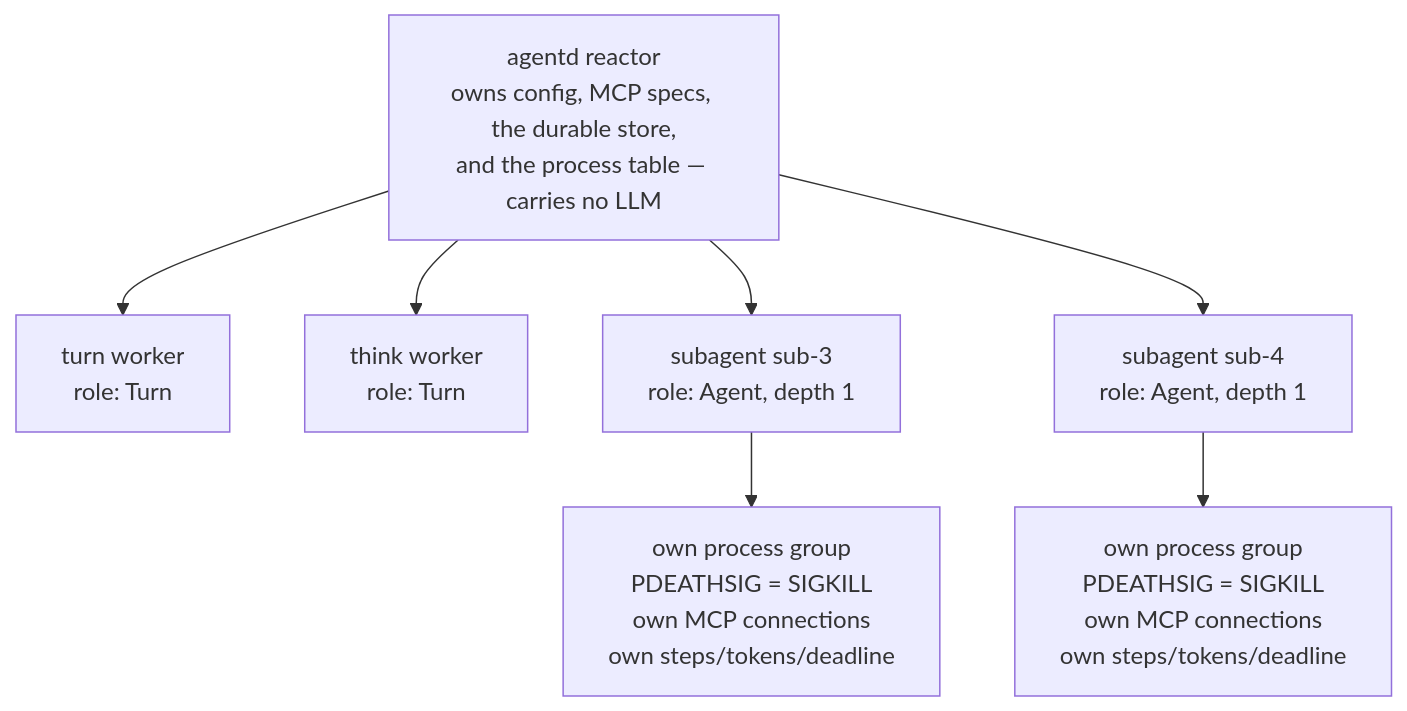
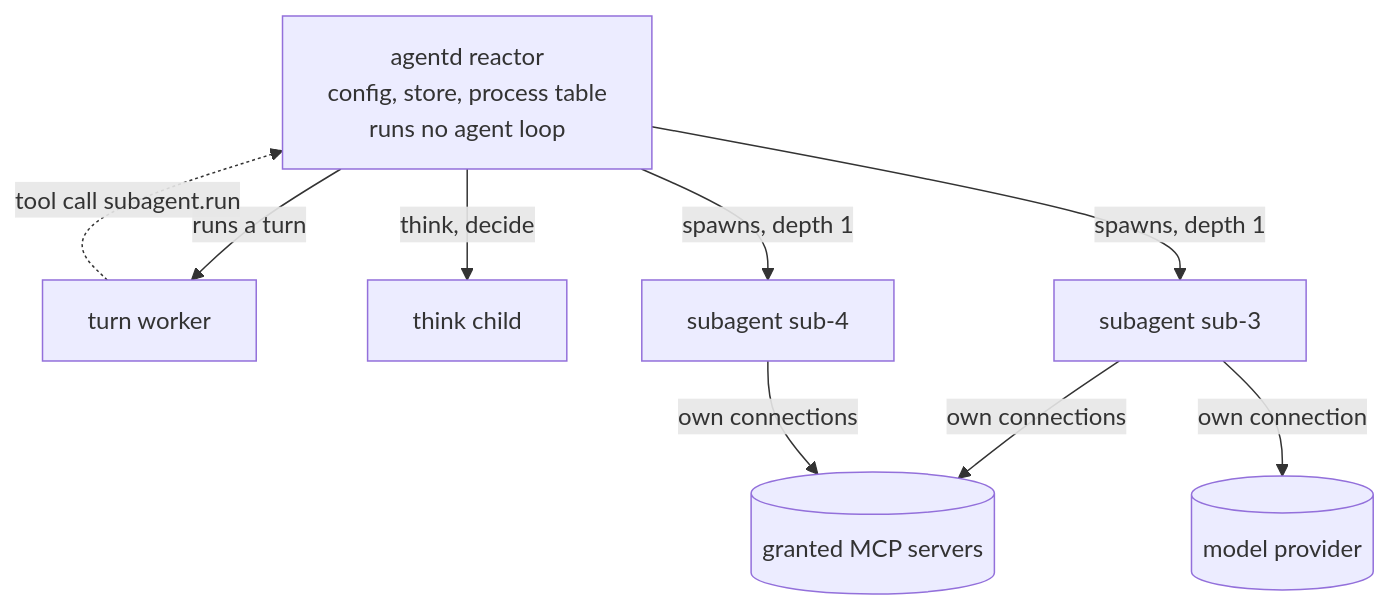
Before and after one commit to agentd-dev/source-code: the first of 4 diagrams in docs/subagents.md, drawn with Mermaid. The commit also changed other lines of this file and 110 other files, not shown here.

````diff
--- a/docs/subagents.md
+++ b/docs/subagents.md
@@ -37,10 +58,12 @@
 ```mermaid
 flowchart TB
-    R["agentd reactor<br/>owns config, MCP specs, the durable store,<br/>and the process table — carries no LLM"]
-    R --> W["turn worker<br/>role: Turn"]
-    R --> K["think worker<br/>role: Turn"]
-    R --> A["subagent sub-3<br/>role: Agent, depth 1"]
-    R --> B["subagent sub-4<br/>role: Agent, depth 1"]
-    A --> A1["own process group<br/>PDEATHSIG = SIGKILL<br/>own MCP connections<br/>own steps/tokens/deadline"]
-    B --> B1["own process group<br/>PDEATHSIG = SIGKILL<br/>own MCP connections<br/>own steps/tokens/deadline"]
+    R["agentd reactor<br/>config, store, process table<br/>runs no agent loop"]
+    R -- "runs a turn" --> W["turn worker"]
+    R -- "think, decide" --> K["think child"]
+    W -. "tool call subagent.run" .-> R
+    R -- "spawns, depth 1" --> A["subagent sub-3"]
+    R -- "spawns, depth 1" --> B["subagent sub-4"]
+    A -- "own connections" --> M[("granted MCP servers")]
+    A -- "own connection" --> L[("model provider")]
+    B -- "own connections" --> M
 ```
````
